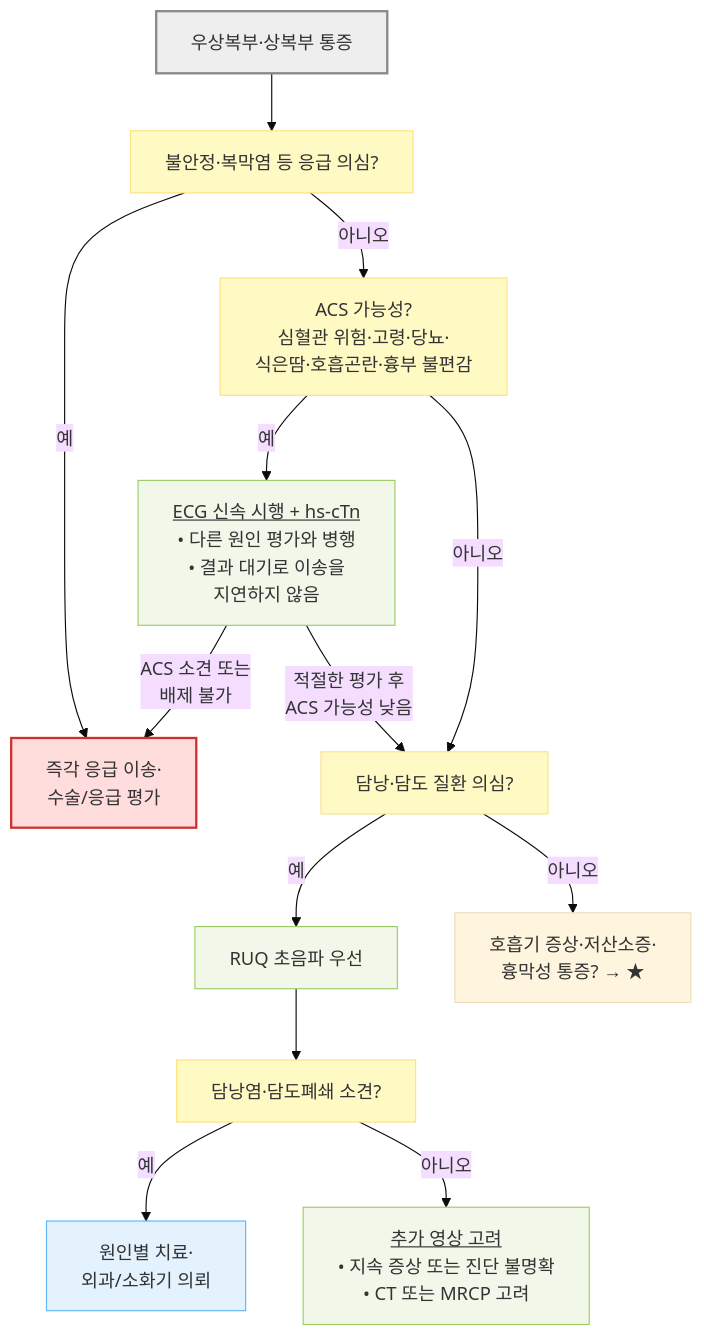
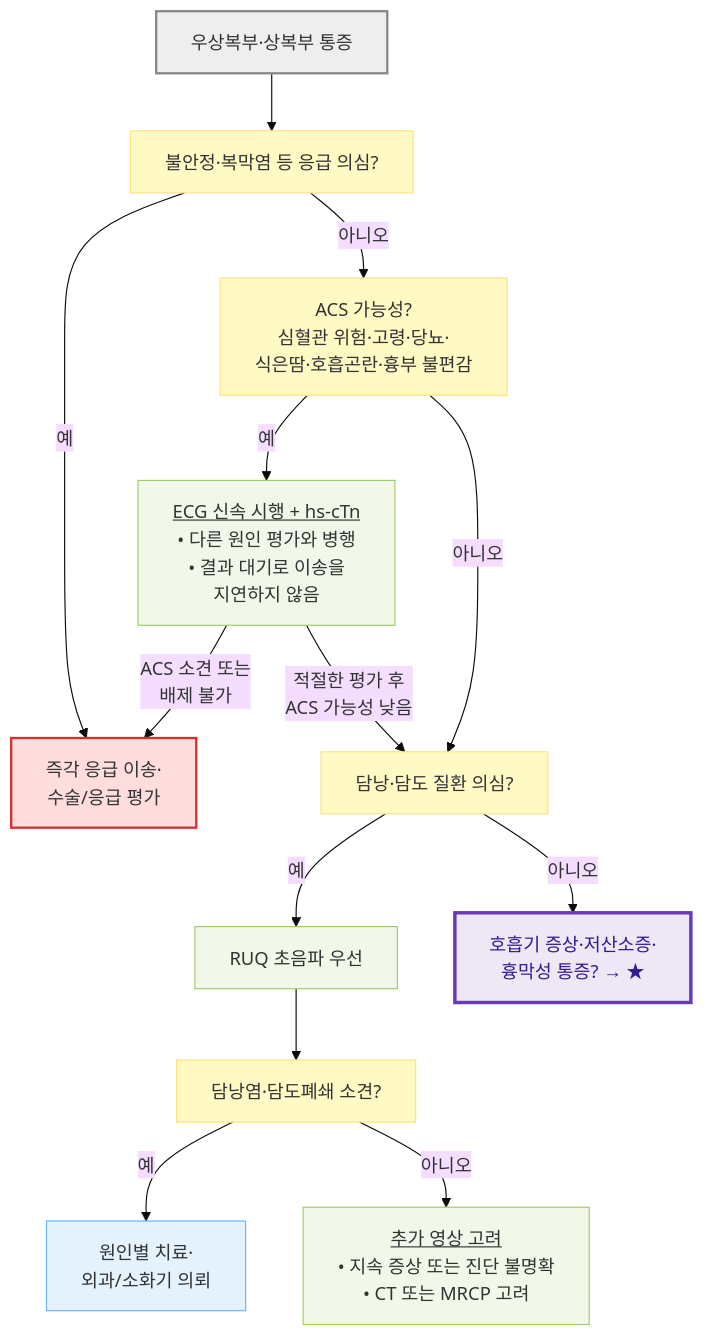
The first of 4 diagrams in 220_/003_-abdominal-pain.md (familyoh77/familyoh77), drawn with Mermaid (base theme) before and after one commit. The commit also changed other lines of this file, not shown here.

````diff
--- a/220_/003_-abdominal-pain.md
+++ b/220_/003_-abdominal-pain.md
@@ -217,25 +216,27 @@
 ```mermaid
 flowchart TD
     A["우상복부·상복부 통증"] --> B["불안정·복막염 등 응급 의심?"]
     B -- "예" --> C["즉각 응급 이송·<br/>수술/응급 평가"]
     B -- "아니오" --> O["ACS 가능성?<br/>심혈관 위험·고령·당뇨·<br/>식은땀·호흡곤란·흉부 불편감"]
     O -- "예" --> P["<u>ECG 신속 시행 + hs-cTn</u><br/>• 다른 원인 평가와 병행<br/>• 결과 대기로 이송을 <br/>지연하지 않음"]
     P -- "ACS 소견 또는 <br/>배제 불가" --> C
     P -- "적절한 평가 후 <br/>ACS 가능성 낮음" --> D
     O -- "아니오" --> D["담낭·담도 질환 의심?"]
     D -- "예" --> E["RUQ 초음파 우선"]
     E --> F["담낭염·담도폐쇄 소견?"]
     F -- "예" --> G["원인별 치료·<br/>외과/소화기 의뢰"]
     F -- "아니오" --> H["<u>추가 영상 고려</u><br/>• 지속 증상 또는 진단 불명확<br/>• CT 또는 MRCP 고려"]
     D -- "아니오" --> I["호흡기 증상·저산소증·<br/>흉막성 통증? → ★"]
     classDef start fill:#eeeeee,stroke:#888888,stroke-width:2px
     classDef question fill:#fff9c4,stroke:#ffe082
     classDef emergency fill:#ffdddd,stroke:#d32f2f,stroke-width:2px
     classDef evaluation fill:#f1f8e9,stroke:#9ccc65
     classDef treatment fill:#e3f2fd,stroke:#64b5f6
+    classDef connector fill:#ede7f6,stroke:#673ab7,stroke-width:3px,color:#311b92
     class A start
     class B,O,D,F question
-    class C,R emergency
-    class P,E,H,J,L,S,U,N,Q evaluation
+    class C emergency
+    class P,E,H evaluation
     class G treatment
+    class I connector
 ```
````
